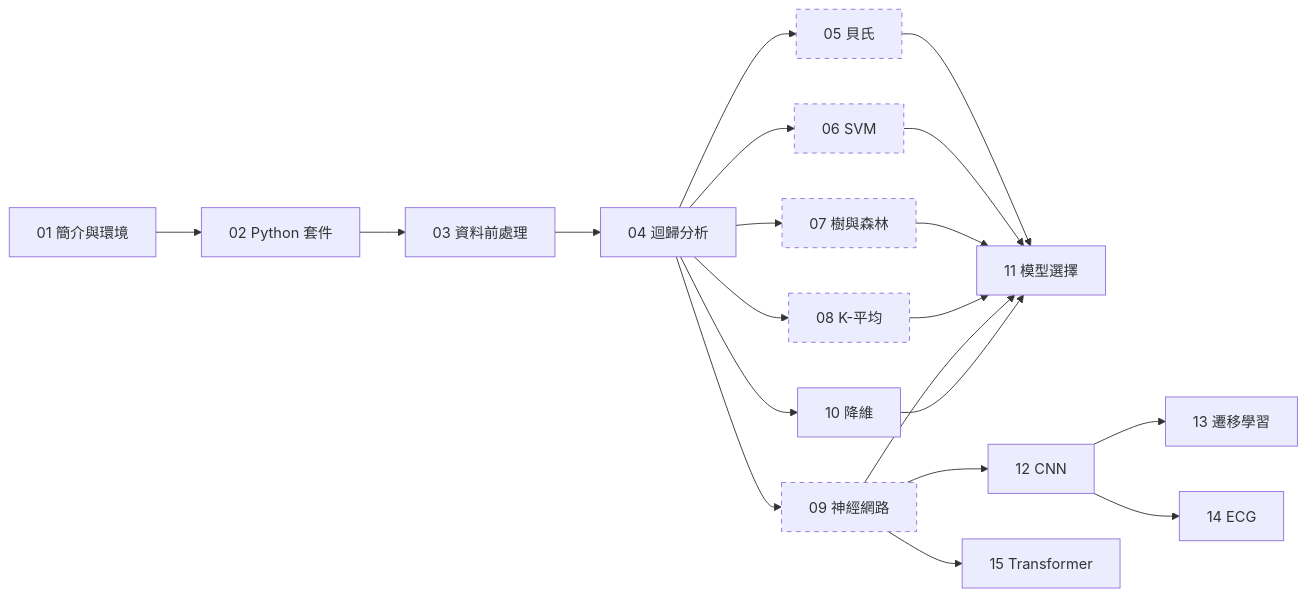
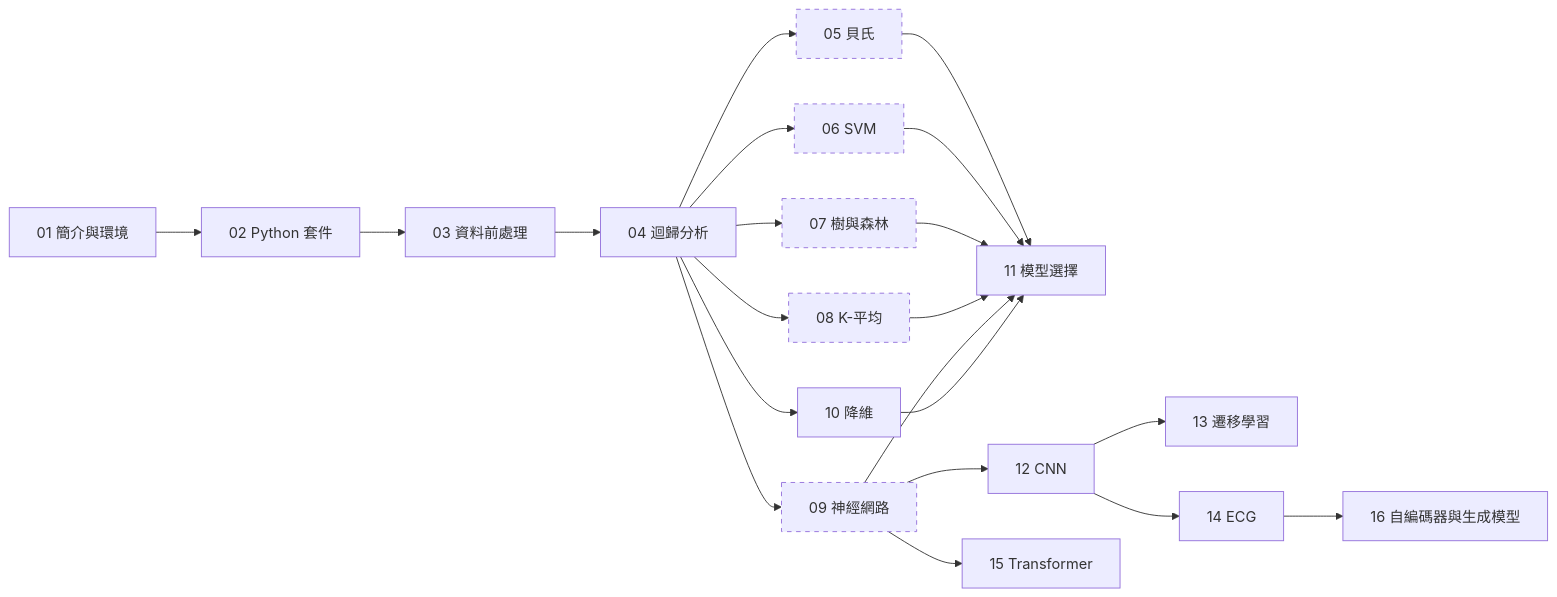
Before and after one commit to fireman333/ml-for-med-students: the diagram in docs/index.md, drawn with Mermaid. The commit also changed other lines of this file and 15 other files, not shown here.

````diff
--- a/docs/index.md
+++ b/docs/index.md
@@ -123,27 +129,28 @@
 ```mermaid
 flowchart LR
     A["01 簡介與環境"] --> B["02 Python 套件"]
     B --> C["03 資料前處理"]
     C --> D["04 迴歸分析"]
     D --> E["05 貝氏"]
     D --> F["06 SVM"]
     D --> G["07 樹與森林"]
     D --> H["08 K-平均"]
     D --> I["09 神經網路"]
     E --> K["11 模型選擇"]
     F --> K
     G --> K
     H --> K
     I --> K
     D --> J["10 降維"]
     J --> K
     I --> L["12 CNN"]
     L --> M["13 遷移學習"]
     L --> O["14 ECG"]
+    O --> P["16 自編碼器與生成模型"]
     I --> N["15 Transformer"]
     style E stroke-dasharray: 5 5
     style F stroke-dasharray: 5 5
     style G stroke-dasharray: 5 5
     style H stroke-dasharray: 5 5
     style I stroke-dasharray: 5 5
 ```
````
